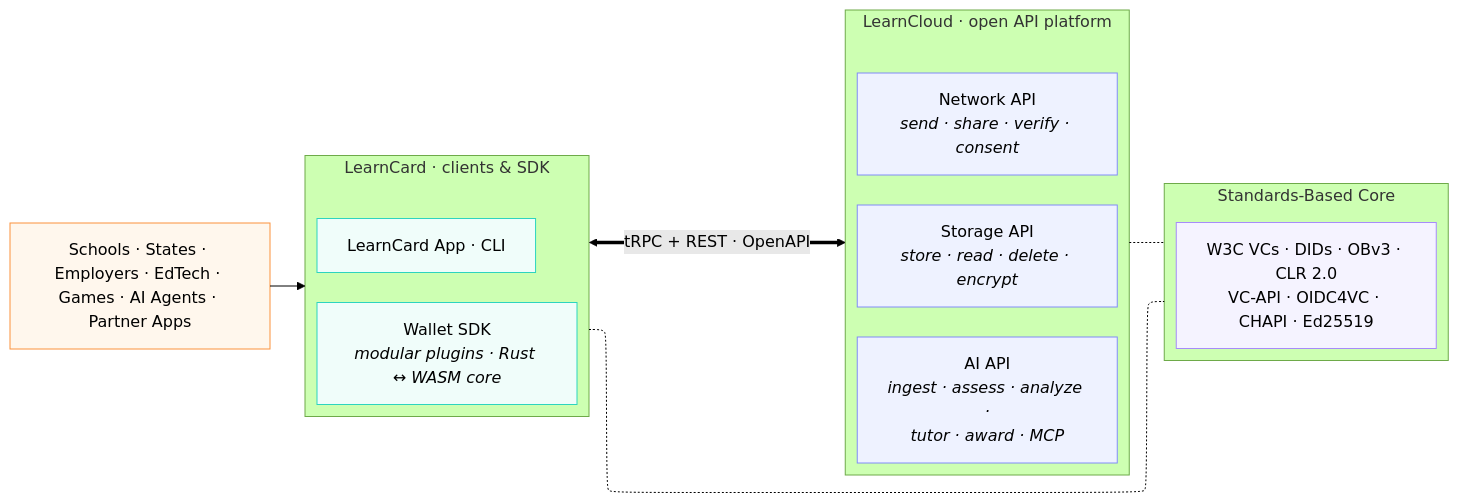
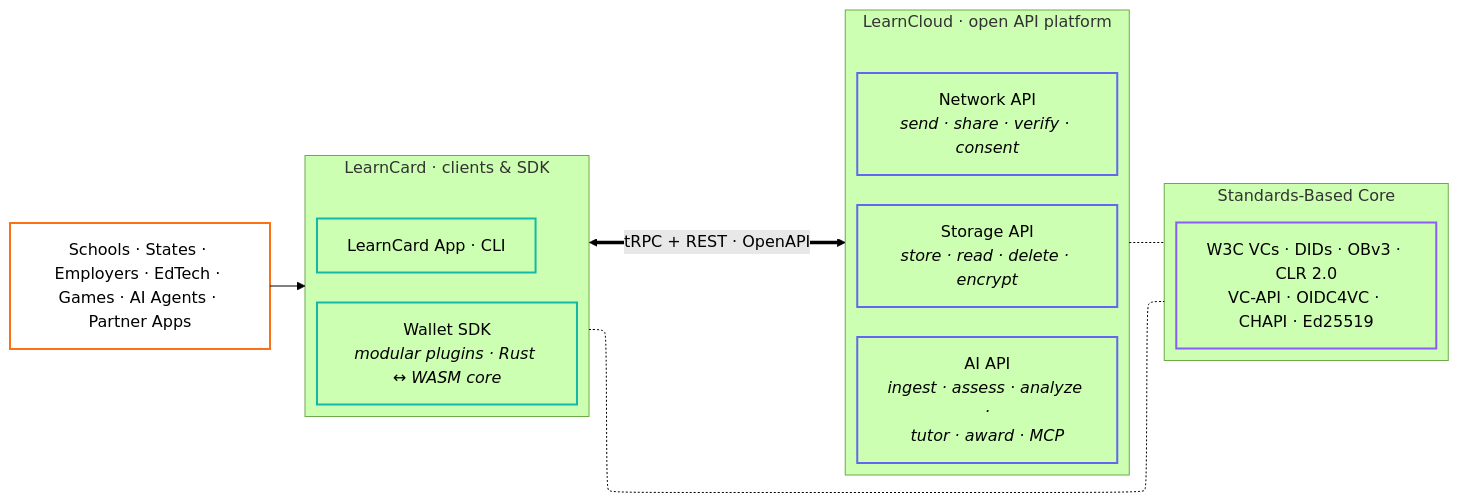
The first of 3 diagrams in docs/introduction/ecosystem-architecture.md (learningeconomy/LearnCard), drawn with Mermaid (forest theme) before and after one commit. The commit also changed other lines of this file, not shown here.

````diff
--- a/docs/introduction/ecosystem-architecture.md
+++ b/docs/introduction/ecosystem-architecture.md
@@ -31,36 +31,36 @@
 ```mermaid
-%%{init: {"layout": "elk"}}%%
+%%{init: {"flowchart": {"defaultRenderer": "elk"}}}%%
 flowchart LR
-  classDef indigo stroke:#818cf8,fill:#eef2ff
-  classDef teal stroke:#2dd4bf,fill:#f0fdfa
-  classDef violet stroke:#a78bfa,fill:#f5f3ff
-  classDef orange stroke:#fb923c,fill:#fff7ed
+  classDef indigo stroke:#6366f1,stroke-width:2px,fill:transparent
+  classDef teal   stroke:#14b8a6,stroke-width:2px,fill:transparent
+  classDef violet stroke:#8b5cf6,stroke-width:2px,fill:transparent
+  classDef orange stroke:#f97316,stroke-width:2px,fill:transparent
 
   Eco["Schools · States · Employers · EdTech · Games · AI Agents · Partner Apps"]:::orange
 
   subgraph LC["LearnCard · clients & SDK"]
     direction TB
     APP["LearnCard App · CLI"]
     SDK["Wallet SDK<br/><i>modular plugins · Rust ↔ WASM core</i>"]
   end
   class LC,APP,SDK teal
 
   subgraph CL["LearnCloud · open API platform"]
     direction TB
     NET["Network API<br/><i>send · share · verify · consent</i>"]
     STR["Storage API<br/><i>store · read · delete · encrypt</i>"]
     AI["AI API<br/><i>ingest · assess · analyze ·<br/>tutor · award · MCP</i>"]
   end
   class CL,NET,STR,AI indigo
 
   subgraph CORE["Standards-Based Core"]
     direction TB
     Std["W3C VCs · DIDs · OBv3 · CLR 2.0<br/>VC-API · OIDC4VC · CHAPI · Ed25519"]
   end
   class CORE,Std violet
 
   Eco --> LC
   LC <==>|"tRPC + REST · OpenAPI"| CL
   LC -.- CORE
   CL -.- CORE
 ```
````
